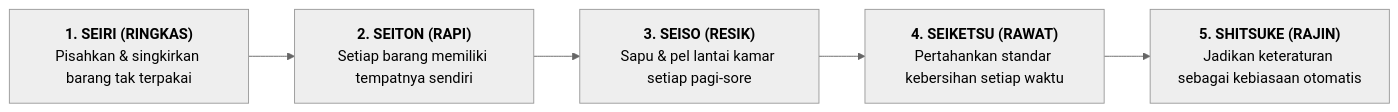
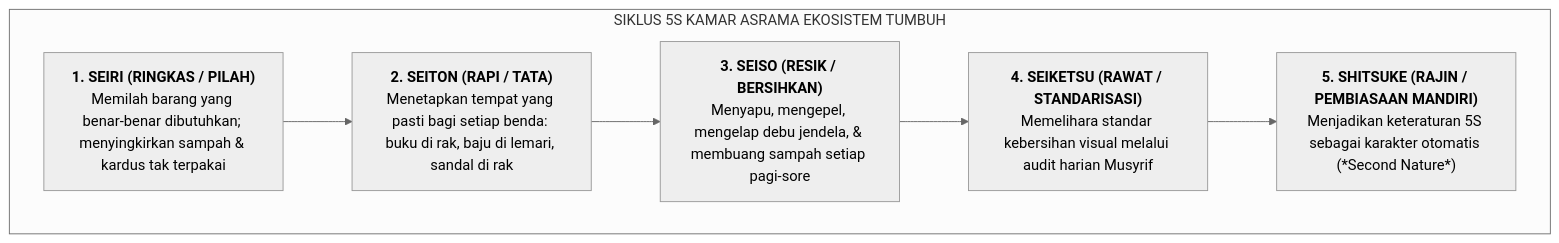
One commit to wandiapriliyandi/tumbuh changed the diagram in BOOK Series 2/Volume-05-Manual-Operasional-SOP-24Jam-dan-Tata-Kelola/Bab-03-Standar-Baku-Kamar-5S/01-Standarisasi-5S-Kamar-Asrama.md. Above: the diagram before and after it, drawn with Mermaid (neutral theme). The commit also changed other lines of this file and 61 other files, not shown here.

````diff
--- a/BOOK Series 2/Volume-05-Manual-Operasional-SOP-24Jam-dan-Tata-Kelola/Bab-03-Standar-Baku-Kamar-5S/01-Standarisasi-5S-Kamar-Asrama.md
+++ b/BOOK Series 2/Volume-05-Manual-Operasional-SOP-24Jam-dan-Tata-Kelola/Bab-03-Standar-Baku-Kamar-5S/01-Standarisasi-5S-Kamar-Asrama.md
@@ -17,7 +13,16 @@
 ```mermaid
-flowchart LR
-    S1["<b>1. SEIRI (RINGKAS)</b><br/>Pisahkan & singkirkan barang tak terpakai"] --> S2["<b>2. SEITON (RAPI)</b><br/>Setiap barang memiliki tempatnya sendiri"]
-    S2 --> S3["<b>3. SEISO (RESIK)</b><br/>Sapu & pel lantai kamar setiap pagi-sore"]
-    S3 --> S4["<b>4. SEIKETSU (RAWAT)</b><br/>Pertahankan standar kebersihan setiap waktu"]
-    S4 --> S5["<b>5. SHITSUKE (RAJIN)</b><br/>Jadikan keteraturan sebagai kebiasaan otomatis"]
+flowchart TD
+    subgraph Metodologi5SKamar["SIKLUS 5S KAMAR ASRAMA EKOSISTEM TUMBUH"]
+        S1["<b>1. SEIRI (RINGKAS / PILAH)</b><br/>Memilah barang yang benar-benar dibutuhkan; menyingkirkan sampah & kardus tak terpakai"]
+        
+        S2["<b>2. SEITON (RAPI / TATA)</b><br/>Menetapkan tempat yang pasti bagi setiap benda: buku di rak, baju di lemari, sandal di rak"]
+        
+        S3["<b>3. SEISO (RESIK / BERSIHKAN)</b><br/>Menyapu, mengepel, mengelap debu jendela, & membuang sampah setiap pagi-sore"]
+        
+        S4["<b>4. SEIKETSU (RAWAT / STANDARISASI)</b><br/>Memelihara standar kebersihan visual melalui audit harian Musyrif"]
+        
+        S5["<b>5. SHITSUKE (RAJIN / PEMBIASAAN MANDIRI)</b><br/>Menjadikan keteraturan 5S sebagai karakter otomatis (*Second Nature*)"]
+
+        S1 --> S2 --> S3 --> S4 --> S5
+    end
 ```
````
